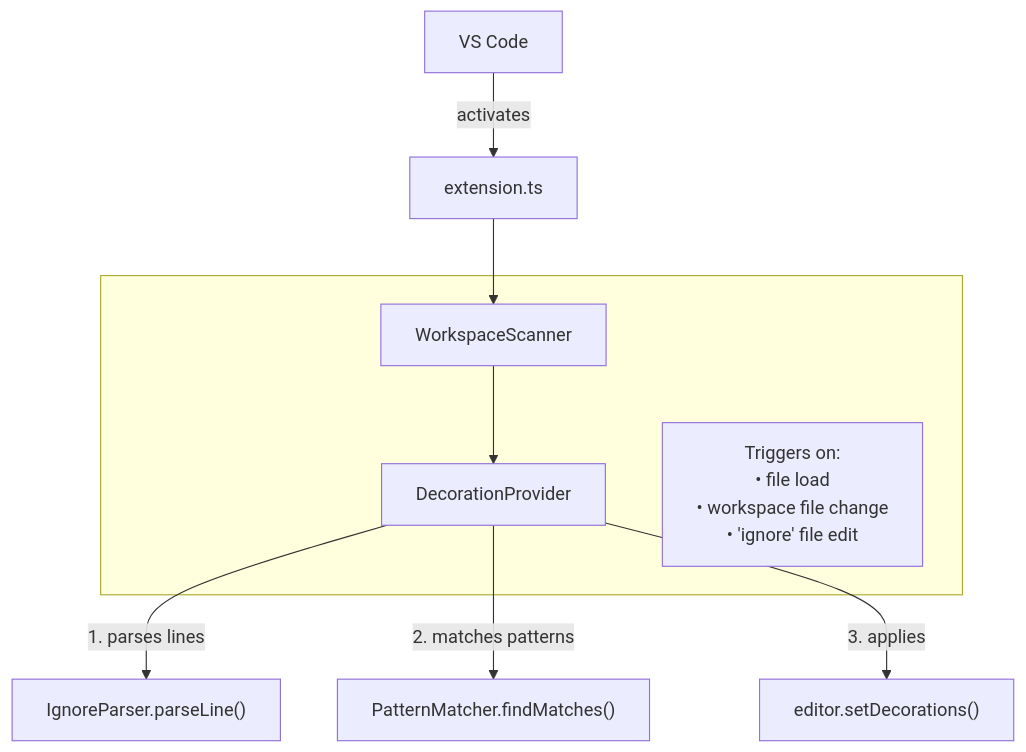
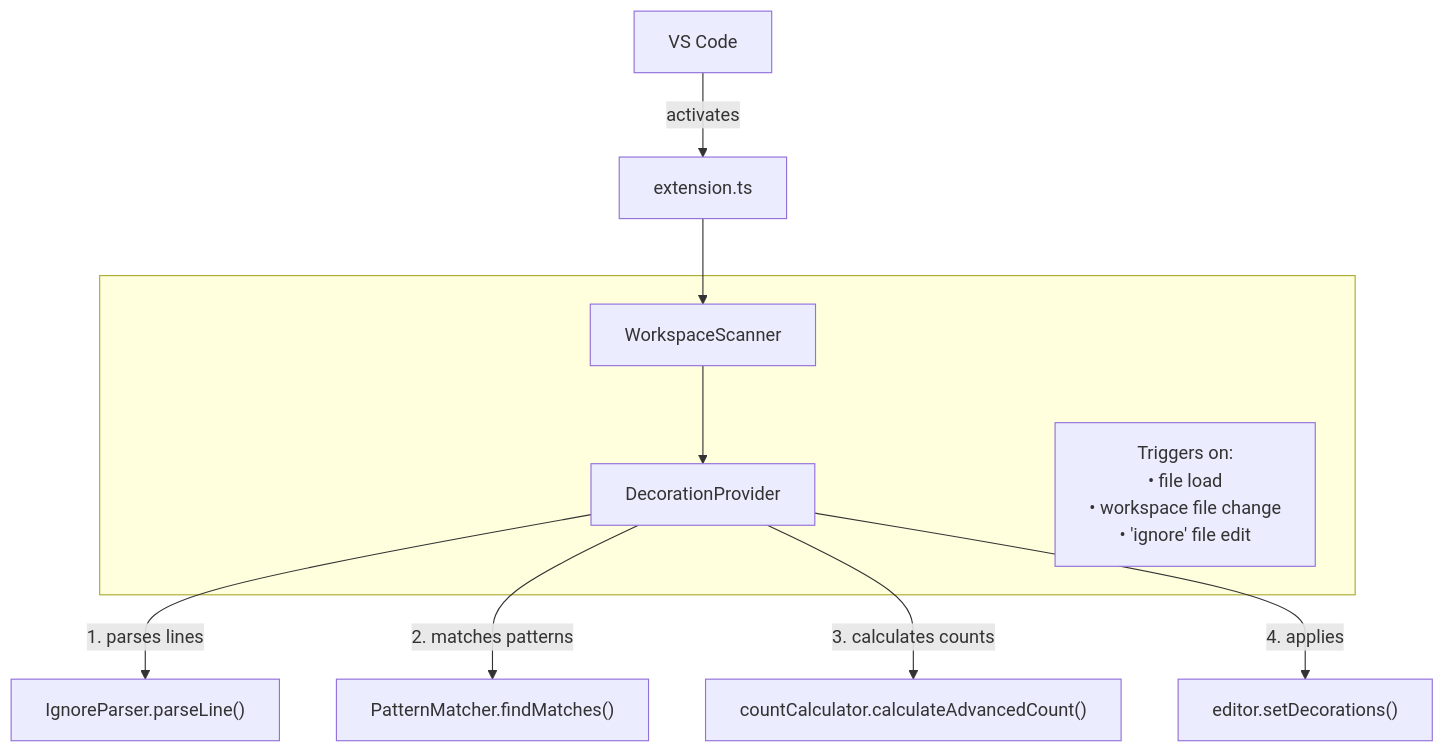
Before and after one commit to jasonftl/ignore_lens: the diagram in docs/flow.md, drawn with Mermaid. The commit also changed other lines of this file and 8 other files, not shown here.

````diff
--- a/docs/flow.md
+++ b/docs/flow.md
@@ -5,15 +5,16 @@
 ```mermaid
 flowchart TD
     A[VS Code] -->|activates| B[extension.ts]
     B --> C
 
     subgraph " "
         C[WorkspaceScanner] --> D[DecorationProvider]
         N["Triggers on:<br>• file load<br>• workspace file change<br>• 'ignore' file edit"]
     end
 
 
     D -->|1. parses lines| E["IgnoreParser.parseLine()"]
     D -->|2. matches patterns| F["PatternMatcher.findMatches()"]
-    D -->|3. applies| G["editor.setDecorations()"]
+    D -->|3. calculates counts| H["countCalculator.calculateAdvancedCount()"]
+    D -->|4. applies| G["editor.setDecorations()"]
 ```
````
